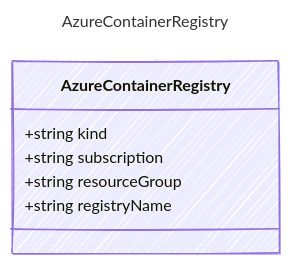
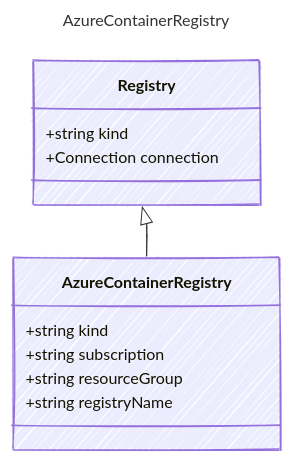
One commit to microsoft/prompty changed the diagram in specification/prompty/docs/AzureContainerRegistry.md. Above: the diagram before and after it, drawn with Mermaid. The commit also changed 24 other files, not shown here.

````diff
--- a/specification/prompty/docs/AzureContainerRegistry.md
+++ b/specification/prompty/docs/AzureContainerRegistry.md
@@ -7,18 +7,23 @@
 ```mermaid
 ---
 title: AzureContainerRegistry
 config:
   look: handDrawn
   theme: colorful
   class:
     hideEmptyMembersBox: true
 ---
 classDiagram
+    class Registry {
+        +string kind
+        +Connection connection
+    }
+    Registry <|-- AzureContainerRegistry
     class AzureContainerRegistry {
       
         +string kind
         +string subscription
         +string resourceGroup
         +string registryName
     }
 ```
````
